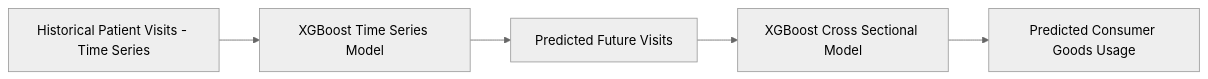
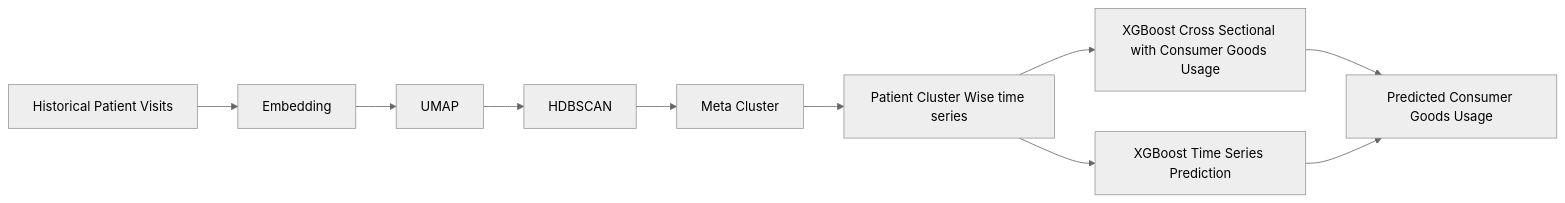
Before and after one commit to SKKUGoon/data-science-health-economics-patient-clustering: the diagram in README.md, drawn with Mermaid (neutral theme).

Commit message:
doc: fix graph

````diff
--- a/README.md
+++ b/README.md
@@ -29,7 +29,12 @@
 ```mermaid
 flowchart LR
-    A[Historical Patient Visits - Time Series] --> B[XGBoost Time Series Model]
-    B --> C[Predicted Future Visits]
-    C --> D[XGBoost Cross Sectional Model]
-    D --> E[Predicted Consumer Goods Usage]
+    A[Historical Patient Visits] --> B[Embedding]
+    B --> C[UMAP]
+    C --> D[HDBSCAN]
+    D --> E[Meta Cluster]
+    E --> F[Patient Cluster Wise time series]
+    F --> G[XGBoost Time Series Prediction]
+    F --> H[XGBoost Cross Sectional with Consumer Goods Usage]
+    H --> I[Predicted Consumer Goods Usage]
+    G --> I[Predicted Consumer Goods Usage]
 ```
````
